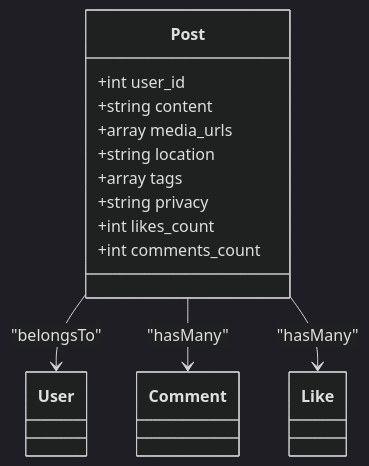
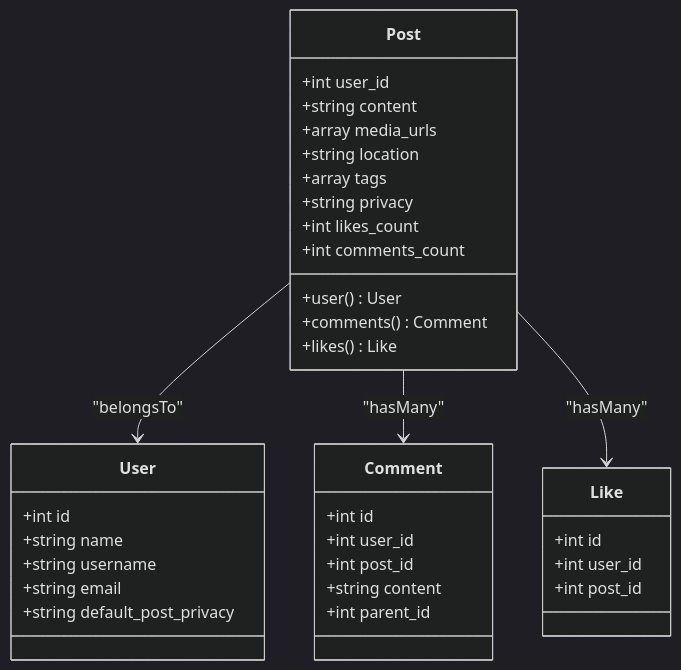
Before and after one commit to VenokM05/Travel_Project: the sixth of 16 diagrams in .qoder/repowiki/en/content/Social Features.md, drawn with Mermaid (dark theme). The commit also changed other lines of this file and 12 other files, not shown here.

````diff
--- a/.qoder/repowiki/en/content/Social Features.md
+++ b/.qoder/repowiki/en/content/Social Features.md
@@ -227,19 +353,38 @@
 ```mermaid
 classDiagram
 class Post {
 +int user_id
 +string content
 +array media_urls
 +string location
 +array tags
 +string privacy
 +int likes_count
 +int comments_count
++user() User
++comments() Comment
++likes() Like
 }
-class User
-class Comment
-class Like
+class User {
++int id
++string name
++string username
++string email
++string default_post_privacy
+}
+class Comment {
++int id
++int user_id
++int post_id
++string content
++int parent_id
+}
+class Like {
++int id
++int user_id
++int post_id
+}
 Post --> User : "belongsTo"
 Post --> Comment : "hasMany"
 Post --> Like : "hasMany"
 ```
````
